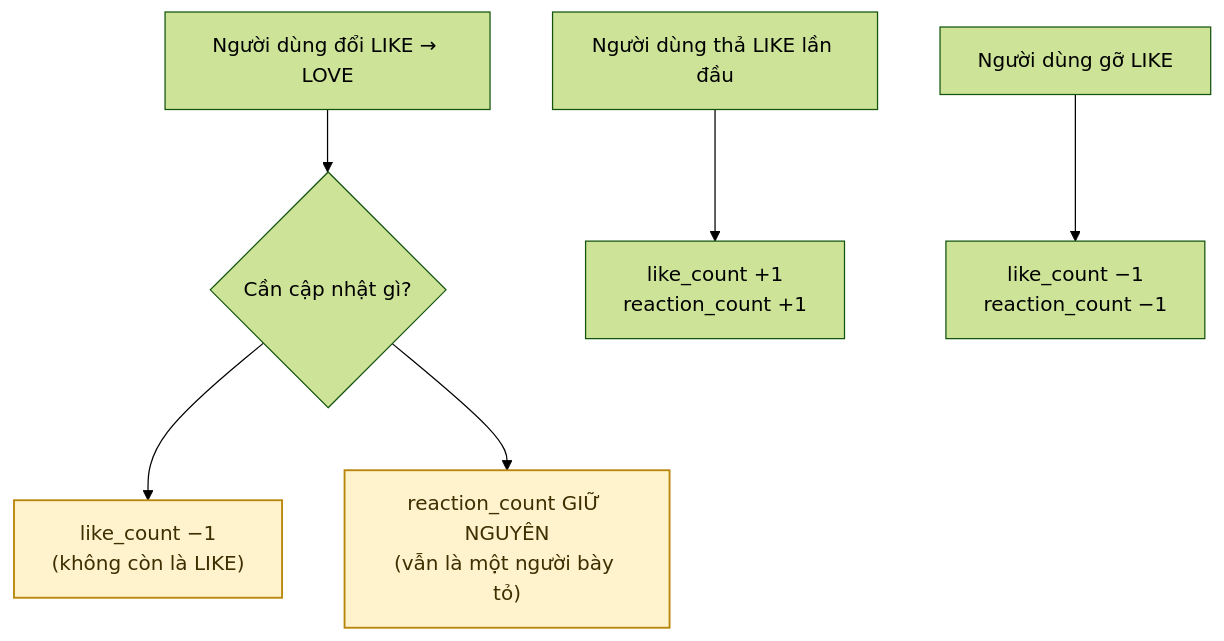
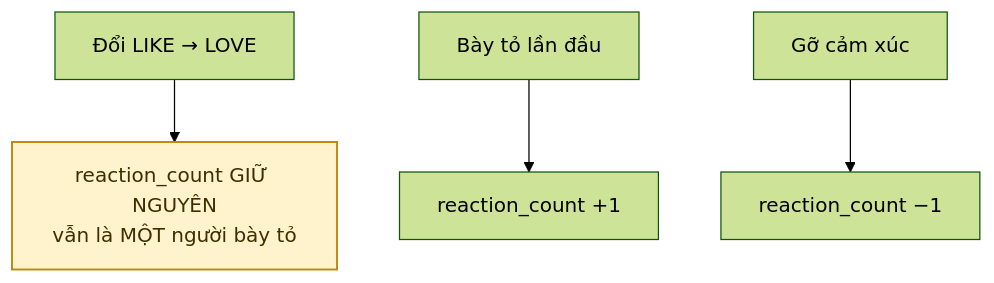
The second of 8 diagrams in docs/diagram/06-interaction.md (fdshn/trueheart), drawn with Mermaid (forest theme) before and after one commit. The commit also changed other lines of this file and 56 other files, not shown here.

First line of the commit message:
feat(interaction): một nút cảm xúc, bật điểm F41, đếm hàng đợi bình luận

````diff
--- a/docs/diagram/06-interaction.md
+++ b/docs/diagram/06-interaction.md
@@ -36,12 +47,8 @@
 ```mermaid
 flowchart TD
-    A[Người dùng đổi LIKE → LOVE] --> B{Cần cập nhật gì?}
-    B --> C["like_count −1<br/>(không còn là LIKE)"]
-    B --> D["reaction_count GIỮ NGUYÊN<br/>(vẫn là một người bày tỏ)"]
+    A[Đổi LIKE → LOVE] --> B["reaction_count GIỮ NGUYÊN<br/>vẫn là MỘT người bày tỏ"]
+    C[Bày tỏ lần đầu] --> D["reaction_count +1"]
+    E[Gỡ cảm xúc] --> F["reaction_count −1"]
 
-    E[Người dùng thả LIKE lần đầu] --> F["like_count +1<br/>reaction_count +1"]
-    G[Người dùng gỡ LIKE] --> H["like_count −1<br/>reaction_count −1"]
-
-    style C fill:#fff3cd,stroke:#b8860b,stroke-width:1.5px,color:#3d2f00
-    style D fill:#fff3cd,stroke:#b8860b,stroke-width:1.5px,color:#3d2f00
+    style B fill:#fff3cd,stroke:#b8860b,stroke-width:1.5px,color:#3d2f00
 ```
````
